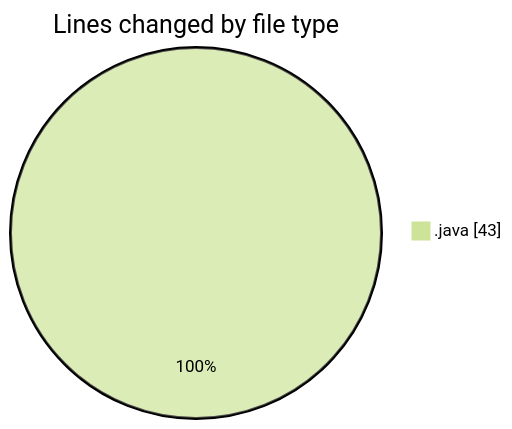
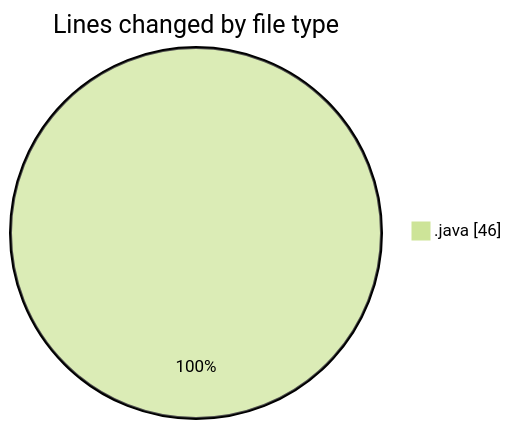
Before and after one commit to NitaiMahat/code-tracking: the first of 2 diagrams in 2025-02-09/coding_prac_2/README.md, drawn with Mermaid (forest theme). The commit also changed other lines of this file and 1 other file, not shown here.

````diff
--- a/2025-02-09/coding_prac_2/README.md
+++ b/2025-02-09/coding_prac_2/README.md
@@ -20,5 +20,5 @@
 ```mermaid
 pie showData
 title Lines changed by file type
-".java" : 43
+".java" : 46
 ```
````
